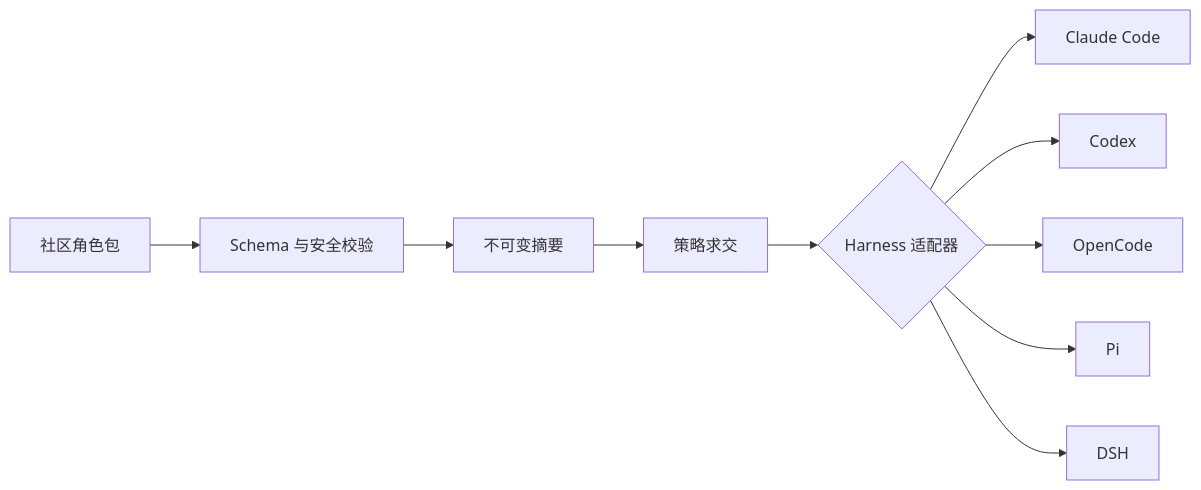
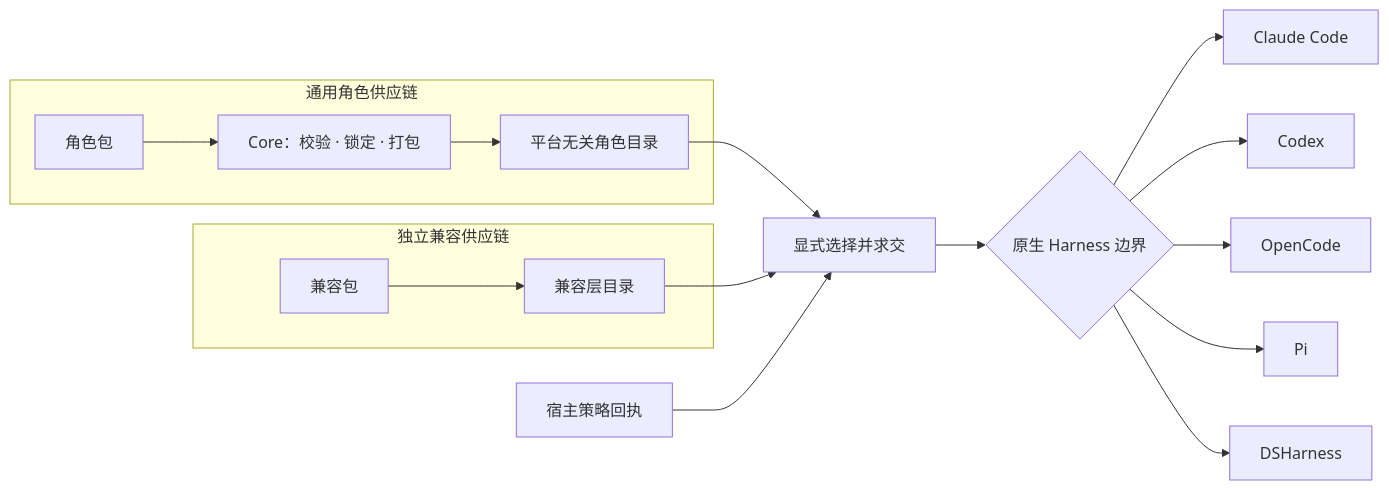
The diagram in README.zh-CN.md (ishuowang/agent-role-hub), drawn with Mermaid before and after one commit. The commit also changed other lines of this file and 152 other files, not shown here.

````diff
--- a/README.zh-CN.md
+++ b/README.zh-CN.md
@@ -25,12 +22,19 @@
 ```mermaid
 flowchart LR
-  A[社区角色包] --> V[Schema 与安全校验]
-  V --> D[不可变摘要]
-  D --> P[策略求交]
-  P --> C{Harness 适配器}
-  C --> CL[Claude Code]
-  C --> CX[Codex]
-  C --> OC[OpenCode]
-  C --> PI[Pi]
-  C --> DS[DSH]
+  subgraph U[通用角色供应链]
+    R[角色包] --> C[Core：校验 · 锁定 · 打包]
+    C --> RC[平台无关角色目录]
+  end
+  subgraph K[独立兼容供应链]
+    CP[兼容包] --> CR[兼容层目录]
+  end
+  RC --> X[显式选择并求交]
+  CR --> X
+  P[宿主策略回执] --> X
+  X --> H{原生 Harness 边界}
+  H --> CL[Claude Code]
+  H --> CX[Codex]
+  H --> OC[OpenCode]
+  H --> PI[Pi]
+  H --> DS[DSHarness]
 ```
````
